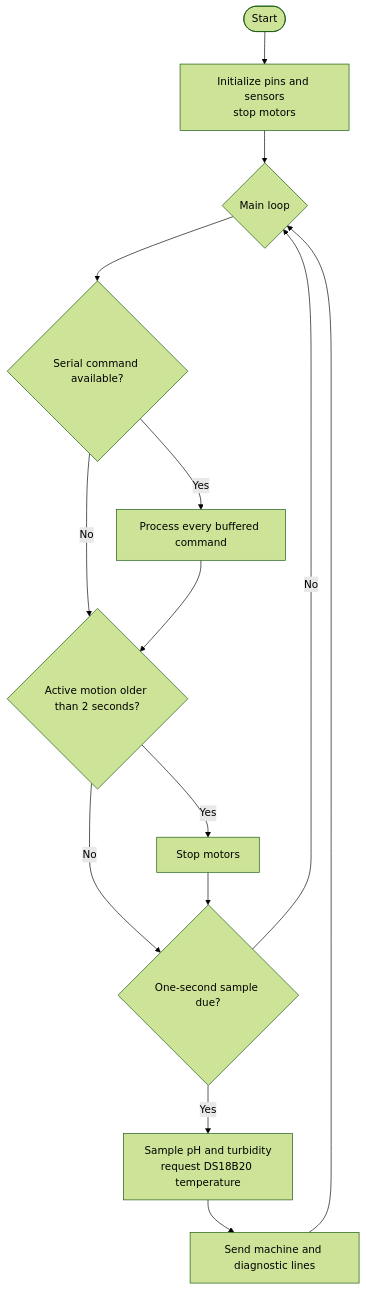
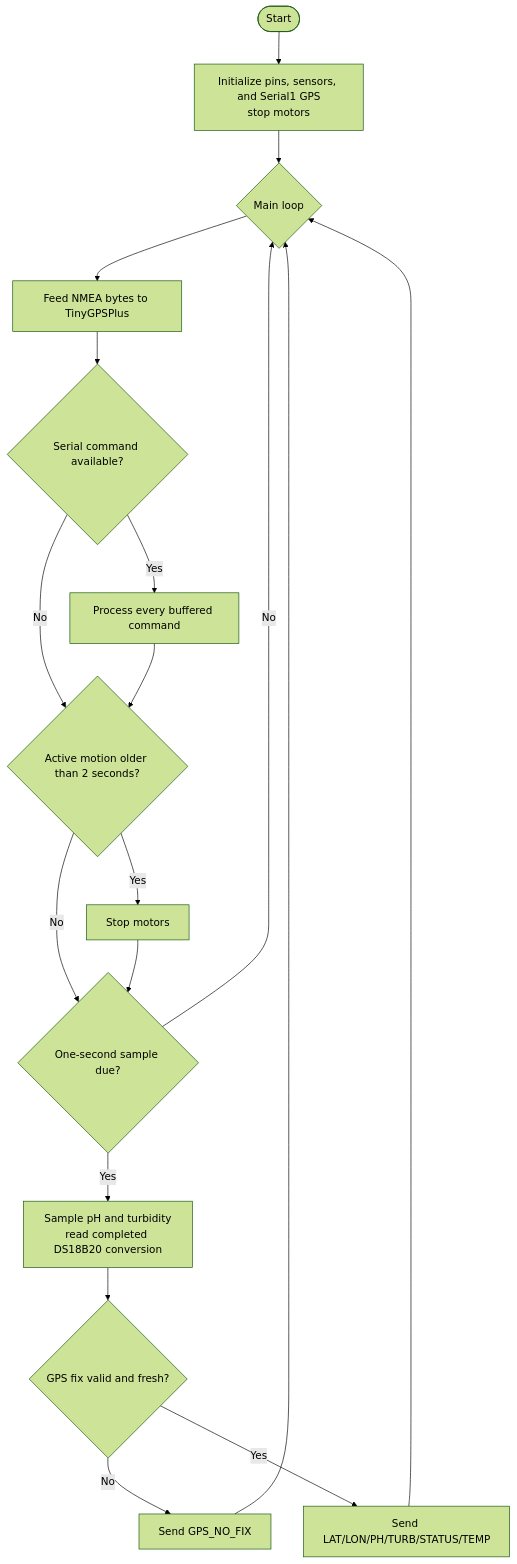
The fifth of 8 diagrams in docs/ARCHITECTURE_EN.md (emircanylmz/water-quality-usv), drawn with Mermaid (forest theme) before and after one commit. The commit also changed other lines of this file and 13 other files, not shown here.

````diff
--- a/docs/ARCHITECTURE_EN.md
+++ b/docs/ARCHITECTURE_EN.md
@@ -121,16 +124,20 @@
 ```mermaid
 flowchart TD
-    START(["Start"]) --> INIT["Initialize pins and sensors<br/>stop motors"]
+    START(["Start"]) --> INIT["Initialize pins, sensors, and Serial1 GPS<br/>stop motors"]
     INIT --> LOOP{"Main loop"}
-    LOOP --> RX{"Serial command available?"}
+    LOOP --> GPS["Feed NMEA bytes to TinyGPSPlus"]
+    GPS --> RX{"Serial command available?"}
     RX -->|Yes| DRAIN["Process every buffered command"]
     RX -->|No| WATCH
     DRAIN --> WATCH{"Active motion older than 2 seconds?"}
     WATCH -->|Yes| STOP["Stop motors"]
     WATCH -->|No| DUE
     STOP --> DUE{"One-second sample due?"}
     DUE -->|No| LOOP
-    DUE -->|Yes| SAMPLE["Sample pH and turbidity<br/>request DS18B20 temperature"]
-    SAMPLE --> SEND["Send machine and diagnostic lines"]
+    DUE -->|Yes| SAMPLE["Sample pH and turbidity<br/>read completed DS18B20 conversion"]
+    SAMPLE --> FIX{"GPS fix valid and fresh?"}
+    FIX -->|No| NOFIX["Send GPS_NO_FIX"]
+    NOFIX --> LOOP
+    FIX -->|Yes| SEND["Send LAT/LON/PH/TURB/STATUS/TEMP"]
     SEND --> LOOP
 ```
````
